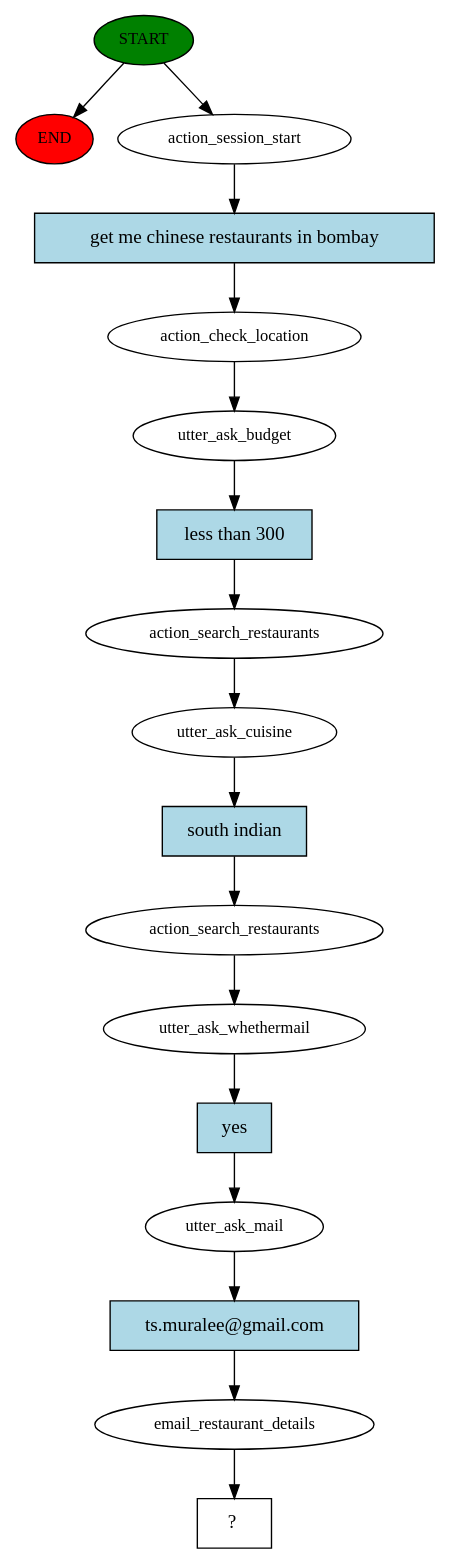
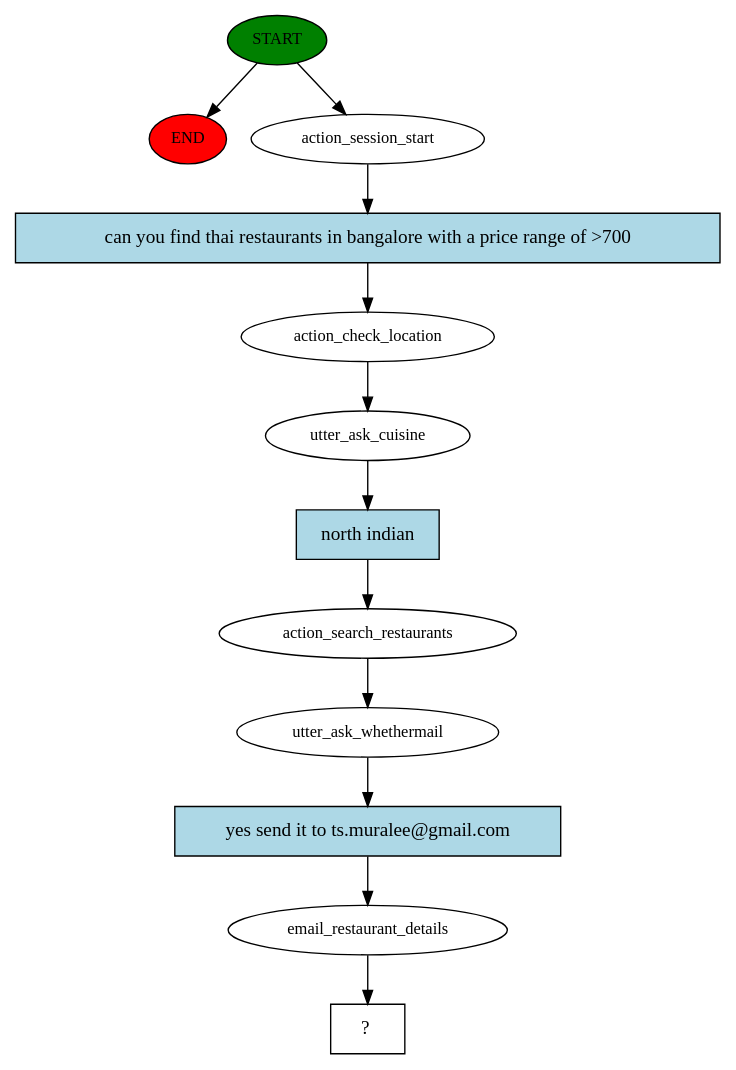
The diagram in restro_chatbot/story_graph.dot (rajesh-1983/rasa-chatbot), drawn with Graphviz before and after one commit. The commit also changed 3 other files, not shown here.

```diff
--- a/restro_chatbot/story_graph.dot
+++ b/restro_chatbot/story_graph.dot
@@ -1,35 +1,25 @@
 digraph  {
 0 [class="start active", fillcolor=green, fontsize=12, label=START, style=filled];
 "-1" [class=end, fillcolor=red, fontsize=12, label=END, style=filled];
 1 [class=active, fontsize=12, label=action_session_start];
 2 [class=active, fontsize=12, label=action_check_location];
-3 [class=active, fontsize=12, label=utter_ask_budget];
+3 [class=active, fontsize=12, label=utter_ask_cuisine];
 4 [class=active, fontsize=12, label=action_search_restaurants];
-5 [class=active, fontsize=12, label=utter_ask_cuisine];
-6 [class=active, fontsize=12, label=action_search_restaurants];
-7 [class=active, fontsize=12, label=utter_ask_whethermail];
-8 [class=active, fontsize=12, label=utter_ask_mail];
-9 [class=active, fontsize=12, label=email_restaurant_details];
-10 [class="intent dashed active", label="  ?  ", shape=rect];
-11 [class="intent active", fillcolor=lightblue, label="get me chinese restaurants in bombay", shape=rect, style=filled];
-12 [class="intent active", fillcolor=lightblue, label="less than 300", shape=rect, style=filled];
-13 [class="intent active", fillcolor=lightblue, label="south indian", shape=rect, style=filled];
-14 [class="intent active", fillcolor=lightblue, label=yes, shape=rect, style=filled];
-15 [class="intent active", fillcolor=lightblue, label="ts.muralee@gmail.com", shape=rect, style=filled];
+5 [class=active, fontsize=12, label=utter_ask_whethermail];
+6 [class=active, fontsize=12, label=email_restaurant_details];
+7 [class="intent dashed active", label="  ?  ", shape=rect];
+8 [class="intent active", fillcolor=lightblue, label="can you find thai restaurants in bangalore with a price range of >700", shape=rect, style=filled];
+9 [class="intent active", fillcolor=lightblue, label="north indian", shape=rect, style=filled];
+10 [class="intent active", fillcolor=lightblue, label="yes send it to ts.muralee@gmail.com", shape=rect, style=filled];
 0 -> "-1"  [class="", key=NONE, label=""];
 0 -> 1  [class=active, key=NONE, label=""];
-1 -> 11  [class=active, key=0];
+1 -> 8  [class=active, key=0];
 2 -> 3  [class=active, key=NONE, label=""];
-3 -> 12  [class=active, key=0];
+3 -> 9  [class=active, key=0];
 4 -> 5  [class=active, key=NONE, label=""];
-5 -> 13  [class=active, key=0];
+5 -> 10  [class=active, key=0];
 6 -> 7  [class=active, key=NONE, label=""];
-7 -> 14  [class=active, key=0];
-8 -> 15  [class=active, key=0];
-9 -> 10  [class=active, key=NONE, label=""];
-11 -> 2  [class=active, key=0];
-12 -> 4  [class=active, key=0];
-13 -> 6  [class=active, key=0];
-14 -> 8  [class=active, key=0];
-15 -> 9  [class=active, key=0];
+8 -> 2  [class=active, key=0];
+9 -> 4  [class=active, key=0];
+10 -> 6  [class=active, key=0];
 }
```
